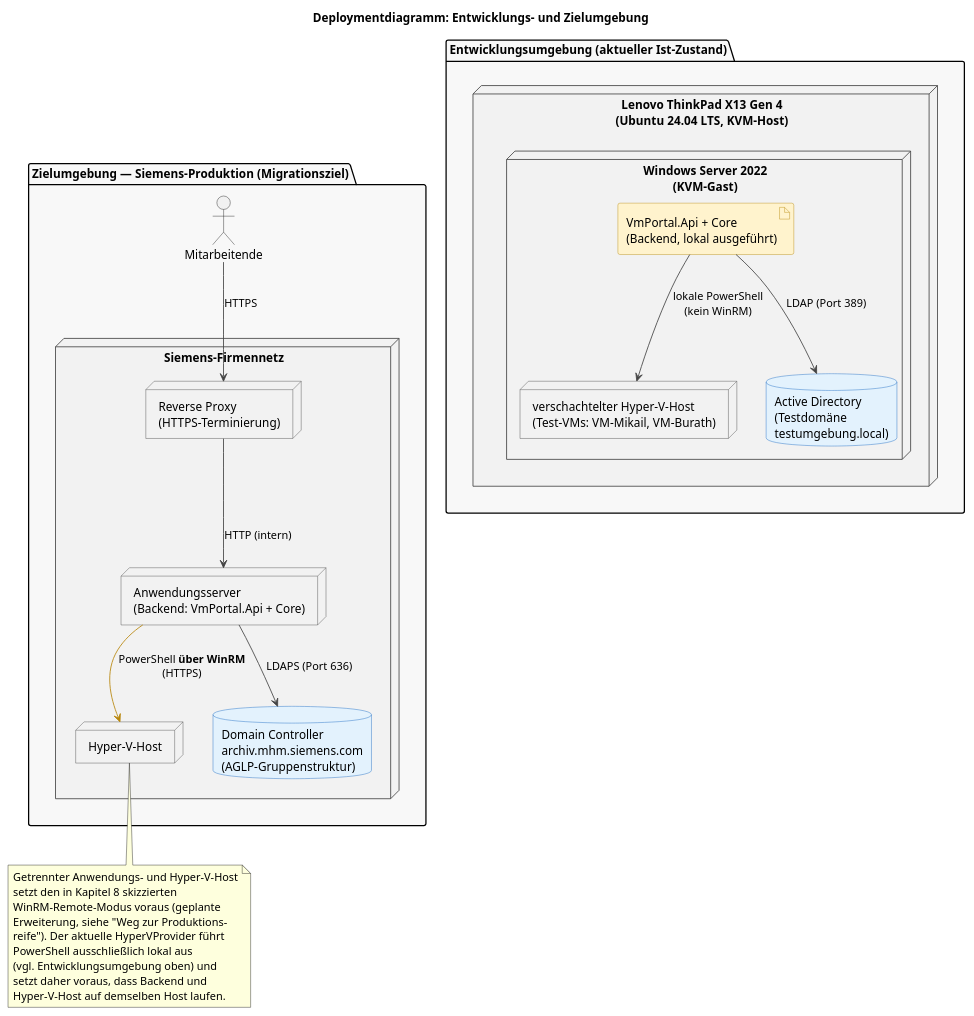
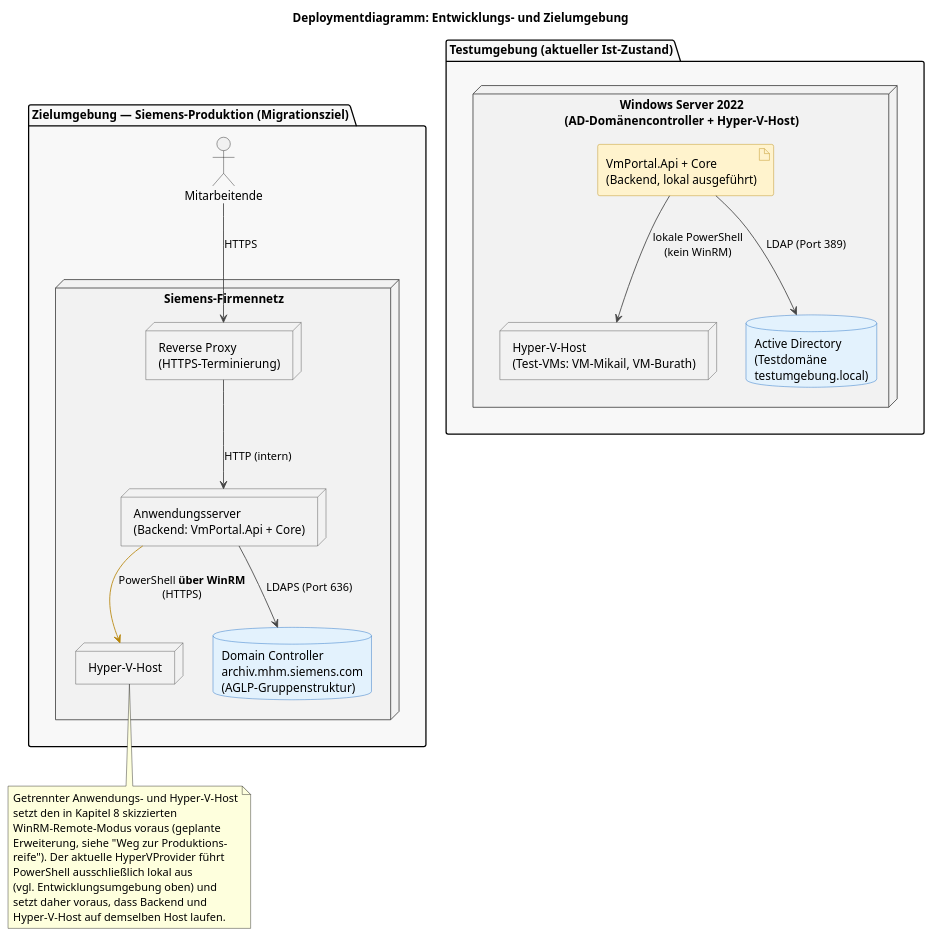
The diagram in thesis/diagrams/deployment_umgebungen.puml (mikaildhbw/vm-portal), drawn with PlantUML before and after one commit. The commit also changed 5 other files, not shown here.

```diff
--- a/thesis/diagrams/deployment_umgebungen.puml
+++ b/thesis/diagrams/deployment_umgebungen.puml
@@ -1,60 +1,58 @@
 @startuml deployment_umgebungen
 title Deploymentdiagramm: Entwicklungs- und Zielumgebung
 
 skinparam backgroundColor white
 skinparam node {
   BackgroundColor #F2F2F2
   BorderColor #444444
 }
 skinparam database {
   BackgroundColor #E3F2FD
   BorderColor #1565C0
 }
 skinparam artifact {
   BackgroundColor #FFF3CD
   BorderColor #B8860B
 }
 
-package "Entwicklungsumgebung (aktueller Ist-Zustand)" #F8F8F8 {
-  node "Lenovo ThinkPad X13 Gen 4\n(Ubuntu 24.04 LTS, KVM-Host)" as DevHost {
-    node "Windows Server 2022\n(KVM-Gast)" as DevVM {
-      artifact "VmPortal.Api + Core\n(Backend, lokal ausgeführt)" as DevBackend
-      node "verschachtelter Hyper-V-Host\n(Test-VMs: VM-Mikail, VM-Burath)" as DevHyperV
-      database "Active Directory\n(Testdomäne\ntestumgebung.local)" as DevAD
-    }
+package "Testumgebung (aktueller Ist-Zustand)" #F8F8F8 {
+  node "Windows Server 2022\n(AD-Domänencontroller + Hyper-V-Host)" as DevVM {
+    artifact "VmPortal.Api + Core\n(Backend, lokal ausgeführt)" as DevBackend
+    node "Hyper-V-Host\n(Test-VMs: VM-Mikail, VM-Burath)" as DevHyperV
+    database "Active Directory\n(Testdomäne\ntestumgebung.local)" as DevAD
   }
   DevBackend -[#444444]-> DevHyperV : lokale PowerShell\n(kein WinRM)
   DevBackend -[#444444]-> DevAD : LDAP (Port 389)
 }
 
 package "Zielumgebung — Siemens-Produktion (Migrationsziel)" #F8F8F8 {
   node "Siemens-Firmennetz" as SiemensNet {
     node "Reverse Proxy\n(HTTPS-Terminierung)" as ReverseProxy
     node "Anwendungsserver\n(Backend: VmPortal.Api + Core)" as ProdBackend
     node "Hyper-V-Host" as ProdHyperV
     database "Domain Controller\narchiv.mhm.siemens.com\n(AGLP-Gruppenstruktur)" as ProdAD
   }
 
   actor "Mitarbeitende" as User
 
   User -[#444444]-> ReverseProxy : HTTPS
   ReverseProxy -[#444444]-> ProdBackend : HTTP (intern)
   ProdBackend -[#B8860B]-> ProdHyperV : PowerShell **über WinRM**\n(HTTPS)
   ProdBackend -[#444444]-> ProdAD : LDAPS (Port 636)
 }
 
 note bottom of ProdHyperV
   Getrennter Anwendungs- und Hyper-V-Host
   setzt den in Kapitel 8 skizzierten
   WinRM-Remote-Modus voraus (geplante
   Erweiterung, siehe "Weg zur Produktions-
   reife"). Der aktuelle HyperVProvider führt
   PowerShell ausschließlich lokal aus
   (vgl. Entwicklungsumgebung oben) und
   setzt daher voraus, dass Backend und
   Hyper-V-Host auf demselben Host laufen.
 end note
 
-DevHost -[hidden]-> SiemensNet
+DevVM -[hidden]-> SiemensNet
 
 @enduml
```
